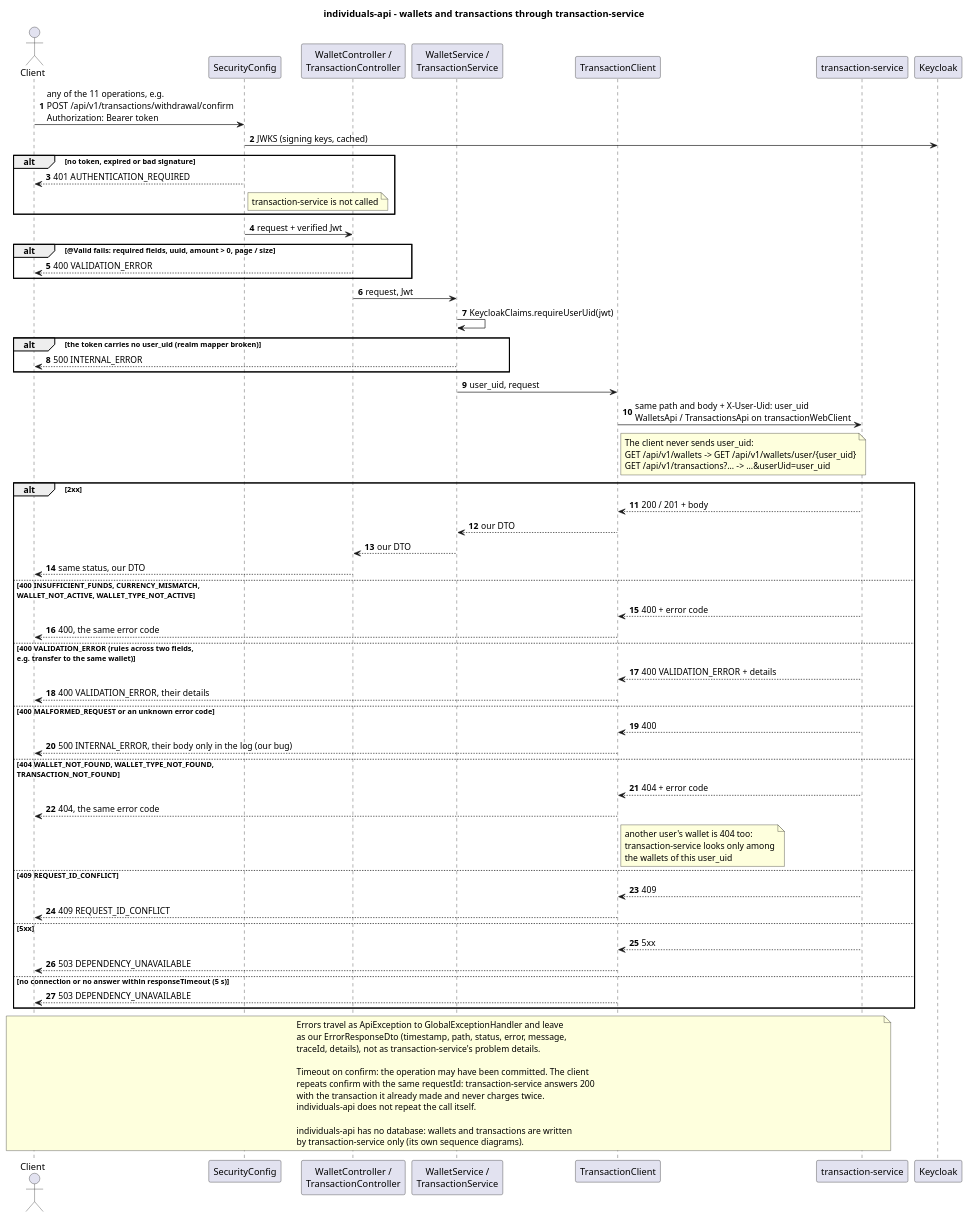
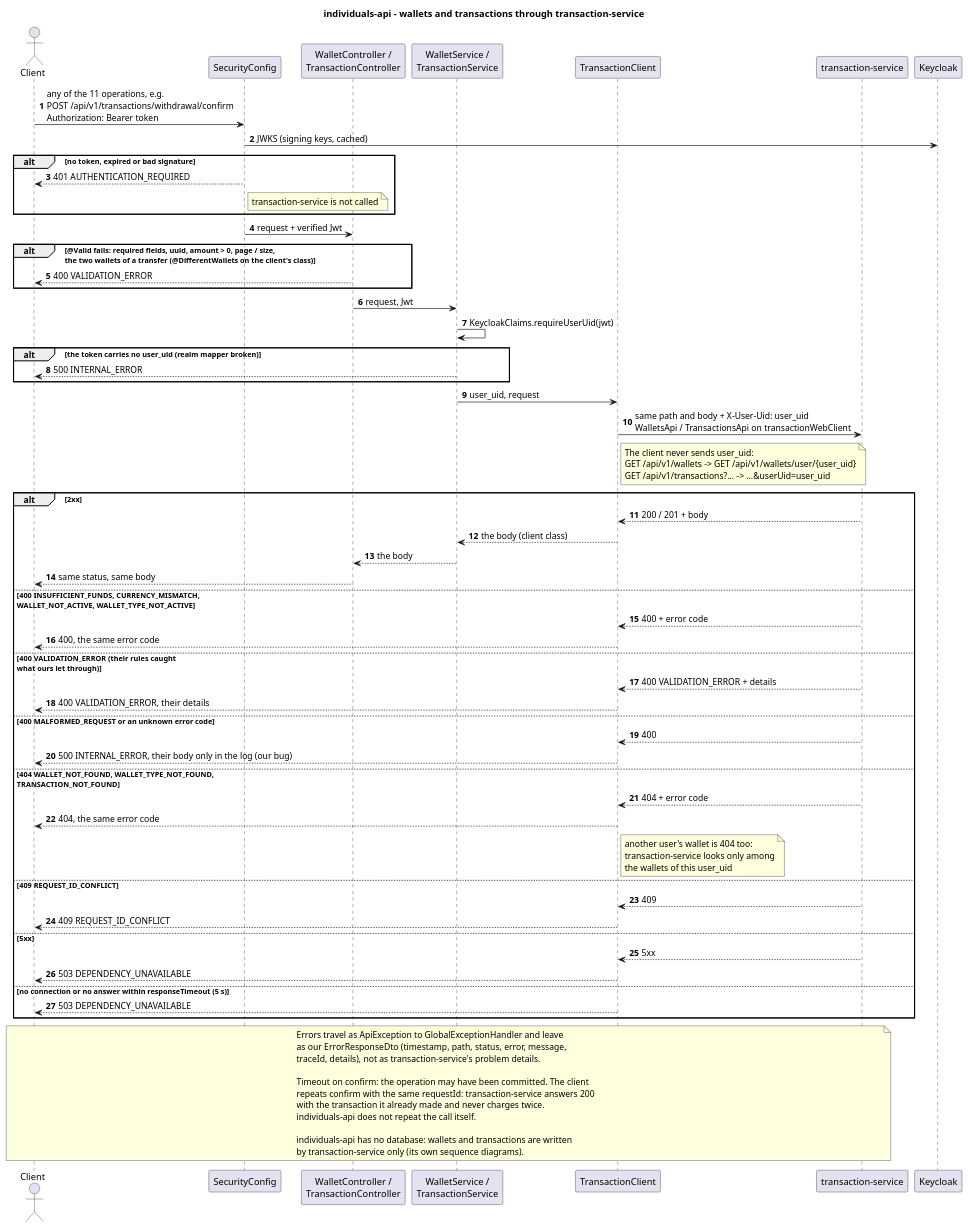
The diagram in individuals-api/diagrams-c4/uml/en/sequence-wallets-transactions.puml (dezxxx/payment-platform), drawn with PlantUML before and after one commit. The commit also changed 35 other files, not shown here.

```diff
--- a/individuals-api/diagrams-c4/uml/en/sequence-wallets-transactions.puml
+++ b/individuals-api/diagrams-c4/uml/en/sequence-wallets-transactions.puml
@@ -1,83 +1,83 @@
 @startuml sequence-wallets-transactions
 title individuals-api - wallets and transactions through transaction-service
 
 autonumber
 skinparam shadowing false
 
 actor Client
 participant "SecurityConfig" as Sec
 participant "WalletController /\nTransactionController" as Ctl
 participant "WalletService /\nTransactionService" as Svc
 participant "TransactionClient" as TCl
 participant "transaction-service" as Tx
 participant "Keycloak" as Kc
 
 Client -> Sec : any of the 11 operations, e.g.\nPOST /api/v1/transactions/withdrawal/confirm\nAuthorization: Bearer token
 Sec -> Kc : JWKS (signing keys, cached)
 alt no token, expired or bad signature
   Sec --> Client : 401 AUTHENTICATION_REQUIRED
   note right of Sec : transaction-service is not called
 end
 
 Sec -> Ctl : request + verified Jwt
-alt @Valid fails: required fields, uuid, amount > 0, page / size
+alt @Valid fails: required fields, uuid, amount > 0, page / size,\nthe two wallets of a transfer (@DifferentWallets on the client's class)
   Ctl --> Client : 400 VALIDATION_ERROR
 end
 
 Ctl -> Svc : request, Jwt
 Svc -> Svc : KeycloakClaims.requireUserUid(jwt)
 alt the token carries no user_uid (realm mapper broken)
   Svc --> Client : 500 INTERNAL_ERROR
 end
 
 Svc -> TCl : user_uid, request
 TCl -> Tx : same path and body + X-User-Uid: user_uid\nWalletsApi / TransactionsApi on transactionWebClient
 note right of TCl
   The client never sends user_uid:
   GET /api/v1/wallets -> GET /api/v1/wallets/user/{user_uid}
   GET /api/v1/transactions?... -> ...&userUid=user_uid
 end note
 
 alt 2xx
   Tx --> TCl : 200 / 201 + body
-  TCl --> Svc : our DTO
-  Svc --> Ctl : our DTO
-  Ctl --> Client : same status, our DTO
+  TCl --> Svc : the body (client class)
+  Svc --> Ctl : the body
+  Ctl --> Client : same status, same body
 else 400 INSUFFICIENT_FUNDS, CURRENCY_MISMATCH,\nWALLET_NOT_ACTIVE, WALLET_TYPE_NOT_ACTIVE
   Tx --> TCl : 400 + error code
   TCl --> Client : 400, the same error code
-else 400 VALIDATION_ERROR (rules across two fields,\ne.g. transfer to the same wallet)
+else 400 VALIDATION_ERROR (their rules caught\nwhat ours let through)
   Tx --> TCl : 400 VALIDATION_ERROR + details
   TCl --> Client : 400 VALIDATION_ERROR, their details
 else 400 MALFORMED_REQUEST or an unknown error code
   Tx --> TCl : 400
   TCl --> Client : 500 INTERNAL_ERROR, their body only in the log (our bug)
 else 404 WALLET_NOT_FOUND, WALLET_TYPE_NOT_FOUND,\nTRANSACTION_NOT_FOUND
   Tx --> TCl : 404 + error code
   TCl --> Client : 404, the same error code
   note right of TCl : another user's wallet is 404 too:\ntransaction-service looks only among\nthe wallets of this user_uid
 else 409 REQUEST_ID_CONFLICT
   Tx --> TCl : 409
   TCl --> Client : 409 REQUEST_ID_CONFLICT
 else 5xx
   Tx --> TCl : 5xx
   TCl --> Client : 503 DEPENDENCY_UNAVAILABLE
 else no connection or no answer within responseTimeout (5 s)
   TCl --> Client : 503 DEPENDENCY_UNAVAILABLE
 end
 
 note over Client, Tx
   Errors travel as ApiException to GlobalExceptionHandler and leave
   as our ErrorResponseDto (timestamp, path, status, error, message,
   traceId, details), not as transaction-service's problem details.
 
   Timeout on confirm: the operation may have been committed. The client
   repeats confirm with the same requestId: transaction-service answers 200
   with the transaction it already made and never charges twice.
   individuals-api does not repeat the call itself.
 
   individuals-api has no database: wallets and transactions are written
   by transaction-service only (its own sequence diagrams).
 end note
 
 @enduml
```
